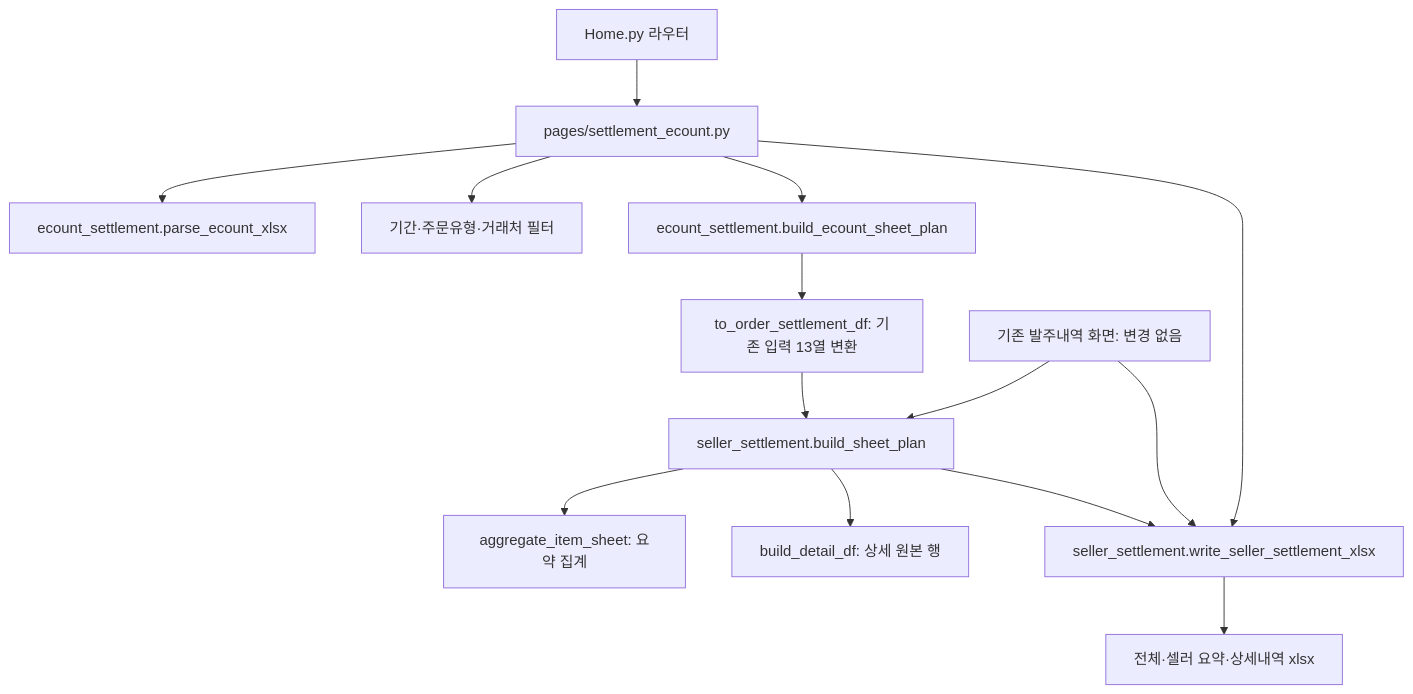
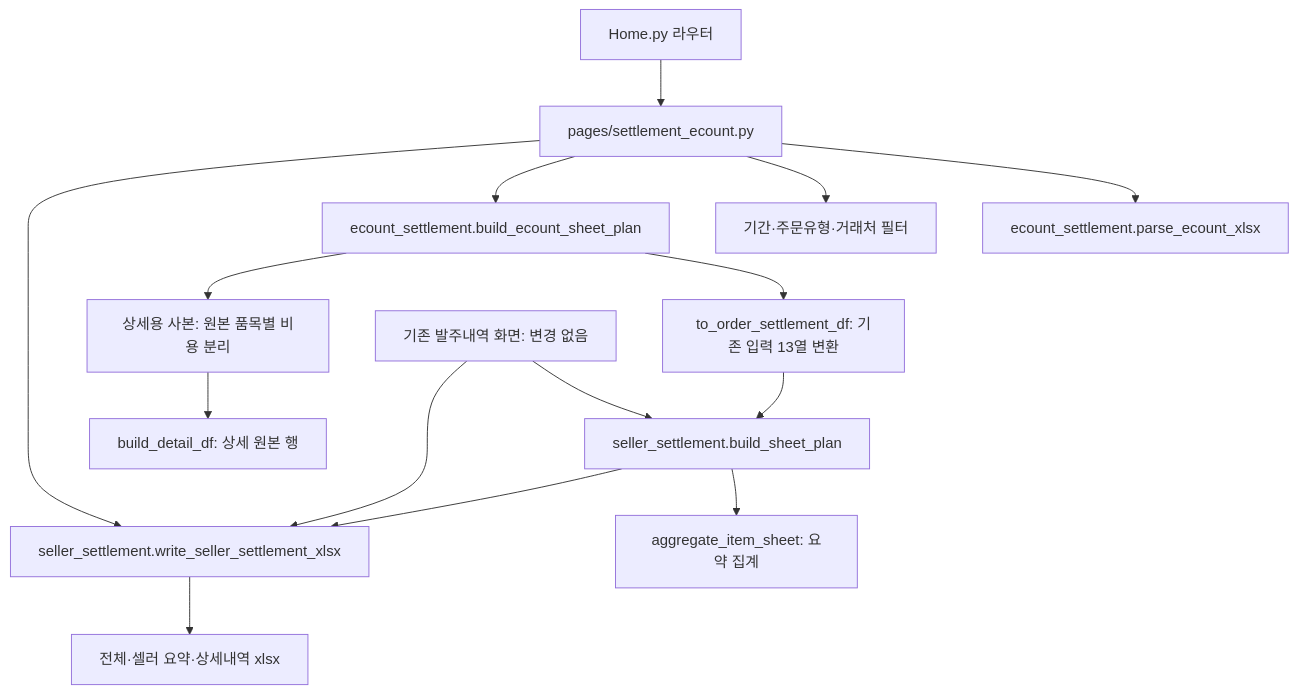
Before and after one commit to hyhan061/sollume-finance: the first of 3 diagrams in .codex/docs/ecount-settlement-output-alignment.md, drawn with Mermaid. The commit also changed other lines of this file and 3 other files, not shown here.

````diff
--- a/.codex/docs/ecount-settlement-output-alignment.md
+++ b/.codex/docs/ecount-settlement-output-alignment.md
@@ -23,16 +32,18 @@
 ```mermaid
 flowchart TD
     HOME["Home.py 라우터"] --> PAGE["pages/settlement_ecount.py"]
     PAGE --> PARSE["ecount_settlement.parse_ecount_xlsx"]
     PAGE --> FILTER["기간·주문유형·거래처 필터"]
     PAGE --> PLAN["ecount_settlement.build_ecount_sheet_plan"]
     PLAN --> ADAPTER["to_order_settlement_df: 기존 입력 13열 변환"]
     ADAPTER --> SHARED["seller_settlement.build_sheet_plan"]
     SHARED --> AGG["aggregate_item_sheet: 요약 집계"]
-    SHARED --> DETAIL["build_detail_df: 상세 원본 행"]
+    %% SHARED --> DETAIL["build_detail_df: 상세 원본 행"]
+    PLAN --> DETAIL_INPUT["상세용 사본: 원본 품목별 비용 분리"]
+    DETAIL_INPUT --> DETAIL["build_detail_df: 상세 원본 행"]
     PAGE --> WRITER["seller_settlement.write_seller_settlement_xlsx"]
     SHARED --> WRITER
     WRITER --> XLSX["전체·셀러 요약·상세내역 xlsx"]
     LEGACY["기존 발주내역 화면: 변경 없음"] --> SHARED
     LEGACY --> WRITER
 ```
````
